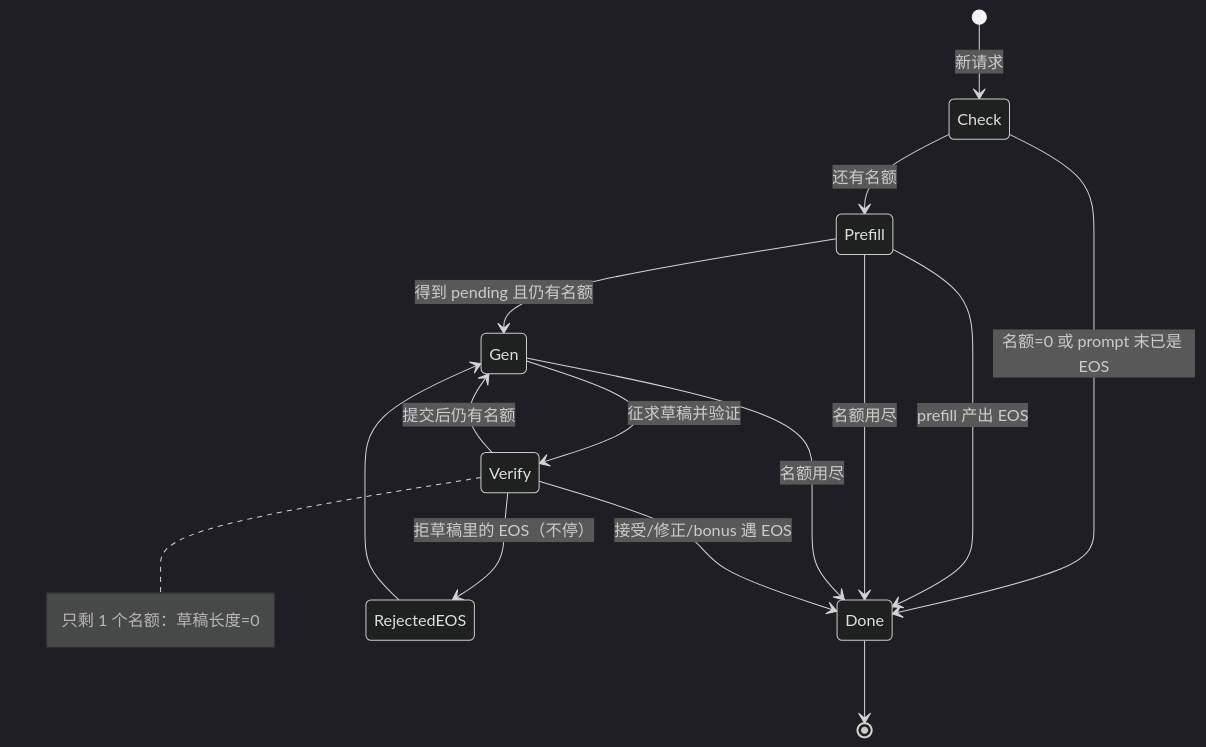
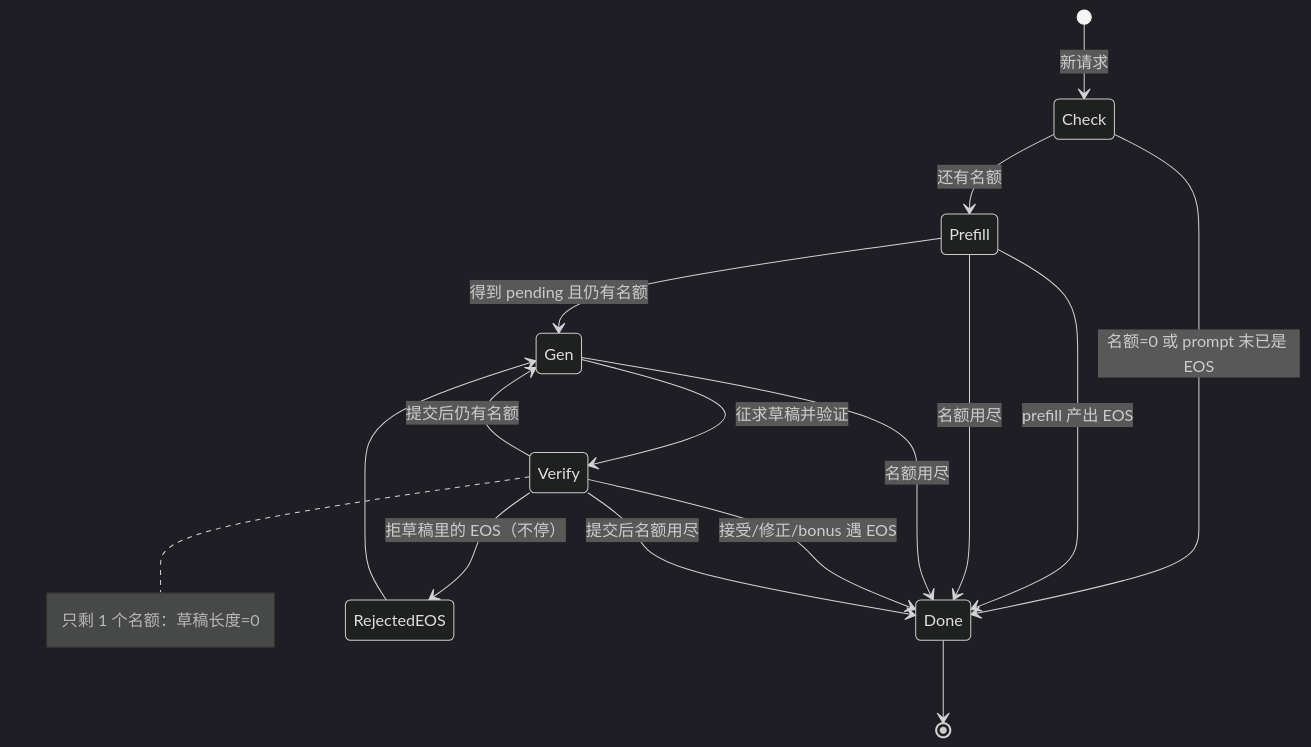
One commit to cluster1900/zero2llm changed the fourth of 5 diagrams in chapters/08m_reasoning_mtp.md. Above: the diagram before and after it, drawn with Mermaid (dark theme). The commit also changed 2 other files, not shown here.

Commit message:
D8: review fixes — thinking-budget ~~~, eos 名额用尽, 高×宽×C prose
p25-thinking-budget: B~~~C, D~~~E, Top~~~Bot (layers don't rewrite each
other; keep 2×2). p23-eos-budget: Verify-->Done 提交后名额用尽 + accDescr.
09 vision prose: H×W×C → 高×宽×C (A.5 H = heads).

````diff
--- a/chapters/08m_reasoning_mtp.md
+++ b/chapters/08m_reasoning_mtp.md
@@ -319,22 +319,23 @@
 ```mermaid
 stateDiagram-v2
     %% id: p23-eos-budget
     accTitle: EOS 与预算必须一起守住
-    accDescr: 名额为 0 或 prompt 末尾已是 EOS 则直接返回；prefill 或生成后名额用尽则 Done；接受、修正或 bonus 遇 EOS 则提交并停；被拒草稿里的 EOS 不停；只剩一个名额时草稿长度为 0。
+    accDescr: 名额为 0 或 prompt 末尾已是 EOS 则直接返回；prefill 或生成后名额用尽则 Done；接受非 EOS 后名额用尽也 Done（while 结束）；接受、修正或 bonus 遇 EOS 则提交并停；被拒草稿里的 EOS 不停；只剩一个名额时草稿长度为 0。
     [*] --> Check: 新请求
     Check --> Done: 名额=0 或 prompt 末已是 EOS
     Check --> Prefill: 还有名额
     Prefill --> Gen: 得到 pending 且仍有名额
     Prefill --> Done: prefill 产出 EOS
     Prefill --> Done: 名额用尽
     Gen --> Verify: 征求草稿并验证
     Gen --> Done: 名额用尽
     Verify --> Done: 接受/修正/bonus 遇 EOS
+    Verify --> Done: 提交后名额用尽
     Verify --> Gen: 提交后仍有名额
     Verify --> RejectedEOS: 拒草稿里的 EOS（不停）
     RejectedEOS --> Gen
     note right of Verify
       只剩 1 个名额：草稿长度=0
     end note
     Done --> [*]
 ```
````
